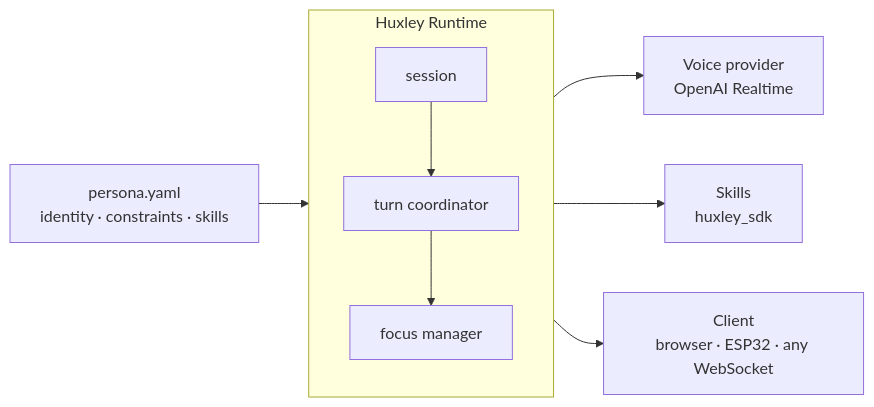
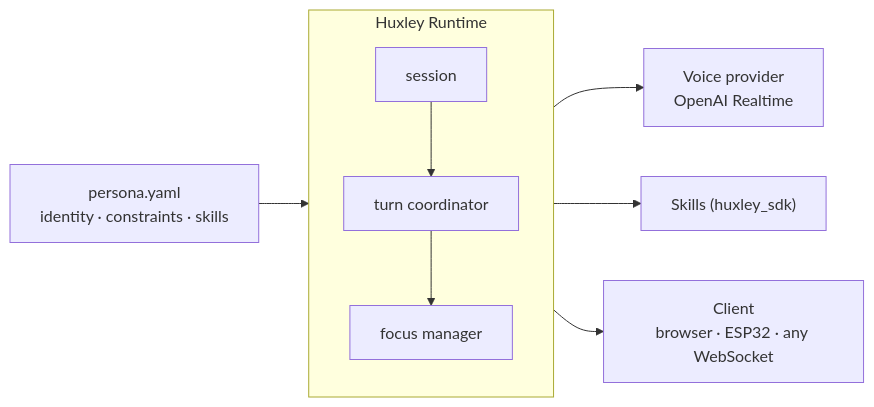
Before and after one commit to ma-r-s/Huxley: the diagram in README.md, drawn with Mermaid. The commit also changed other lines of this file, not shown here.

````diff
--- a/README.md
+++ b/README.md
@@ -30,14 +33,14 @@
 ```mermaid
 flowchart LR
     P["persona.yaml\nidentity · constraints · skills"] --> R
 
     subgraph R["Huxley Runtime"]
         direction TB
         SES[session] --> TC[turn coordinator]
         TC --> FM[focus manager]
     end
 
     R --> V["Voice provider\nOpenAI Realtime"]
-    R --> SK["Skills\nhuxley_sdk"]
+    R --> SK["Skills  (huxley_sdk)"]
     R --> C["Client\nbrowser · ESP32 · any WebSocket"]
 ```
````
